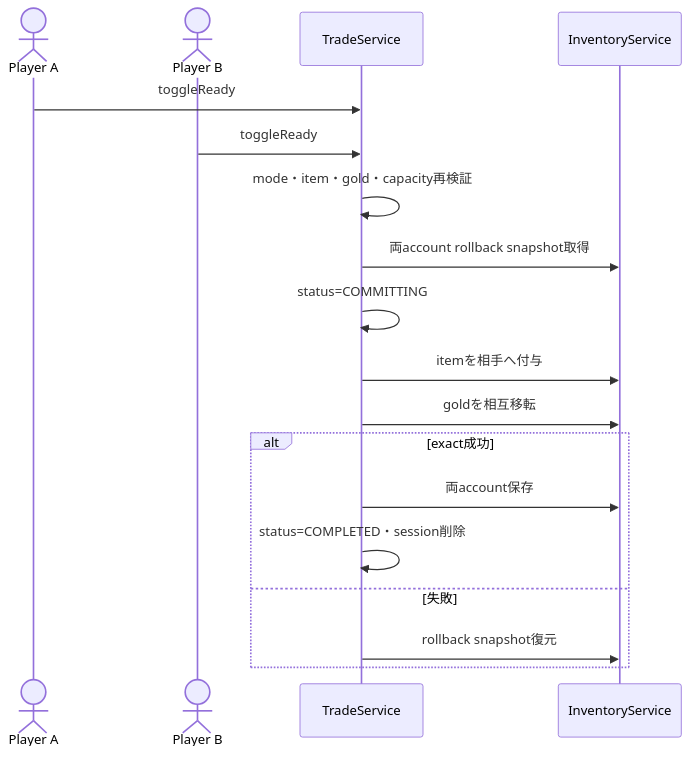
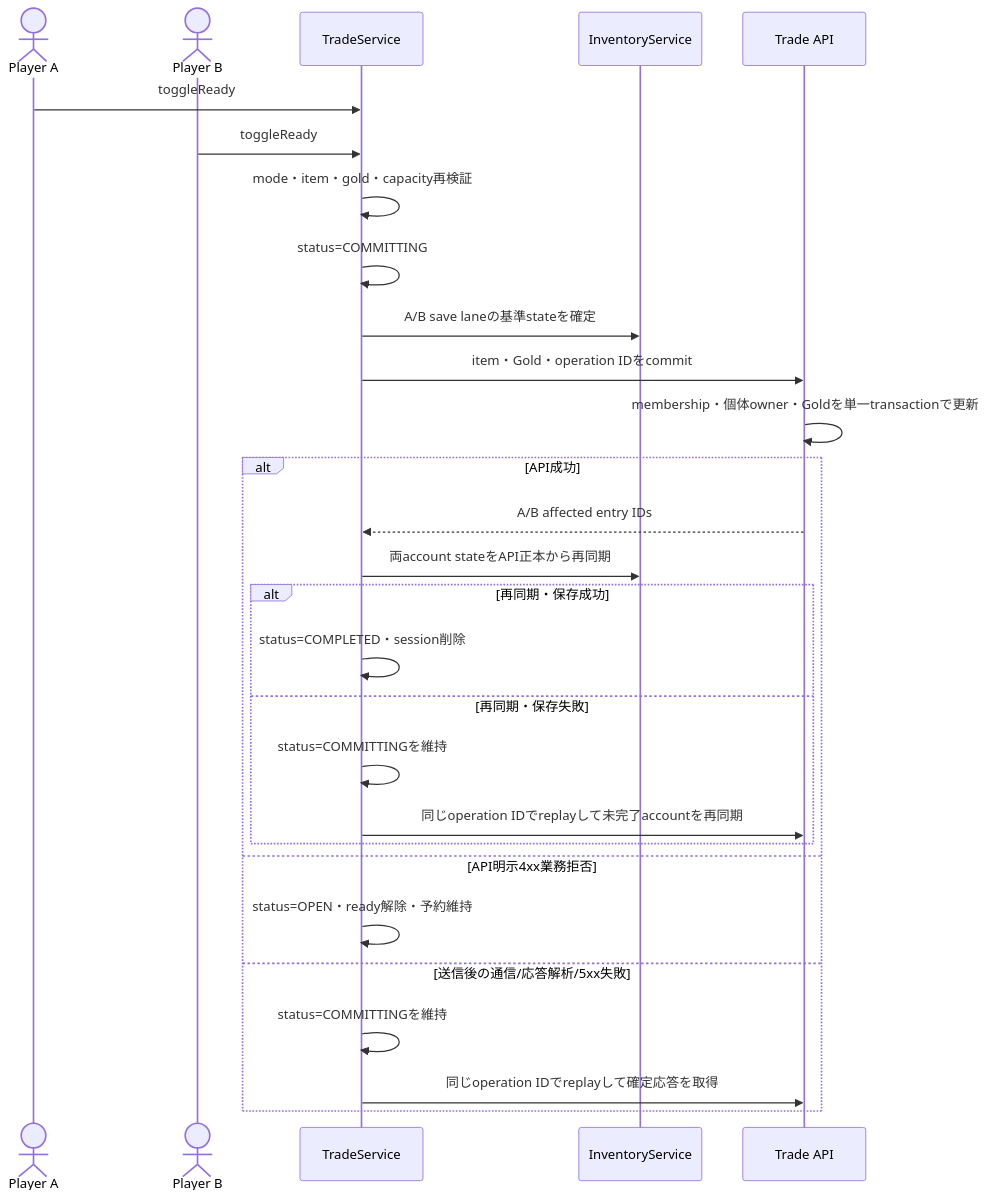
Before and after one commit to maaasu/AstralRecord-Workspace: the third of 4 diagrams in 00_docs/10_Plugin設計書/feature/22-trade/22_4-統合フロー.md, drawn with Mermaid. The commit also changed other lines of this file and 33 other files, not shown here.

````diff
--- a/00_docs/10_Plugin設計書/feature/22-trade/22_4-統合フロー.md
+++ b/00_docs/10_Plugin設計書/feature/22-trade/22_4-統合フロー.md
@@ -71,20 +71,30 @@
 ```mermaid
 sequenceDiagram
     actor A as Player A
     actor B as Player B
     participant Trade as TradeService
     participant Inventory as InventoryService
+    participant API as Trade API
     A->>Trade: toggleReady
     B->>Trade: toggleReady
     Trade->>Trade: mode・item・gold・capacity再検証
-    Trade->>Inventory: 両account rollback snapshot取得
     Trade->>Trade: status=COMMITTING
-    Trade->>Inventory: itemを相手へ付与
-    Trade->>Inventory: goldを相互移転
-    alt exact成功
-        Trade->>Inventory: 両account保存
-        Trade->>Trade: status=COMPLETED・session削除
-    else 失敗
-        Trade->>Inventory: rollback snapshot復元
+    Trade->>Inventory: A/B save laneの基準stateを確定
+    Trade->>API: item・Gold・operation IDをcommit
+    API->>API: membership・個体owner・Goldを単一transactionで更新
+    alt API成功
+        API-->>Trade: A/B affected entry IDs
+        Trade->>Inventory: 両account stateをAPI正本から再同期
+        alt 再同期・保存成功
+            Trade->>Trade: status=COMPLETED・session削除
+        else 再同期・保存失敗
+            Trade->>Trade: status=COMMITTINGを維持
+            Trade->>API: 同じoperation IDでreplayして未完了accountを再同期
+        end
+    else API明示4xx業務拒否
+        Trade->>Trade: status=OPEN・ready解除・予約維持
+    else 送信後の通信/応答解析/5xx失敗
+        Trade->>Trade: status=COMMITTINGを維持
+        Trade->>API: 同じoperation IDでreplayして確定応答を取得
     end
 ```
````
